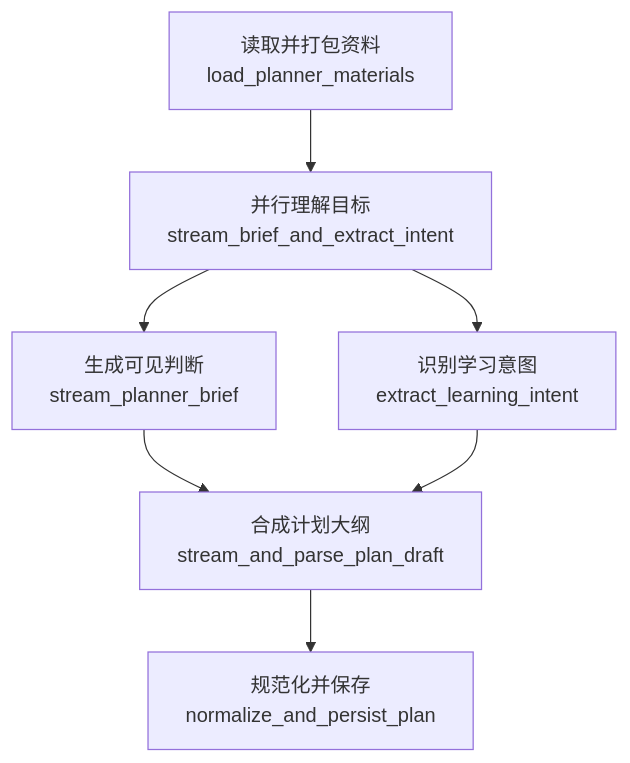
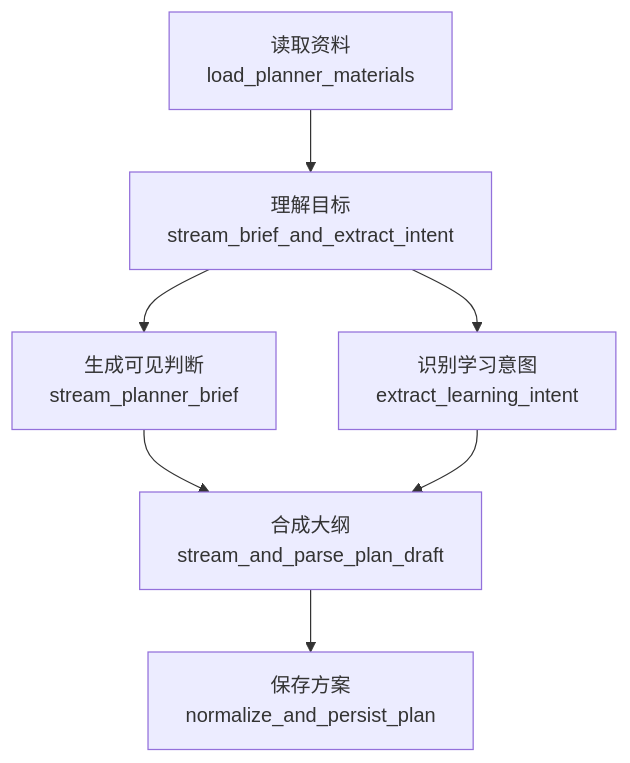
One commit to aiteachme/AITeachMe changed the diagram in backend/app/workflows/digest/planner/README.md. Above: the diagram before and after it, drawn with Mermaid. The commit also changed other lines of this file and 12 other files, not shown here.

````diff
--- a/backend/app/workflows/digest/planner/README.md
+++ b/backend/app/workflows/digest/planner/README.md
@@ -27,16 +27,16 @@
 ```mermaid
 flowchart TD
-    A["读取并打包资料<br/>load_planner_materials"]
-    B["并行理解目标<br/>stream_brief_and_extract_intent"]
+    A["读取资料<br/>load_planner_materials"]
+    B["理解目标<br/>stream_brief_and_extract_intent"]
     B1["生成可见判断<br/>stream_planner_brief"]
     B2["识别学习意图<br/>extract_learning_intent"]
-    C["合成计划大纲<br/>stream_and_parse_plan_draft"]
-    D["规范化并保存<br/>normalize_and_persist_plan"]
+    C["合成大纲<br/>stream_and_parse_plan_draft"]
+    D["保存方案<br/>normalize_and_persist_plan"]
 
     A --> B
     B --> B1
     B --> B2
     B1 --> C
     B2 --> C
     C --> D
 ```
````
